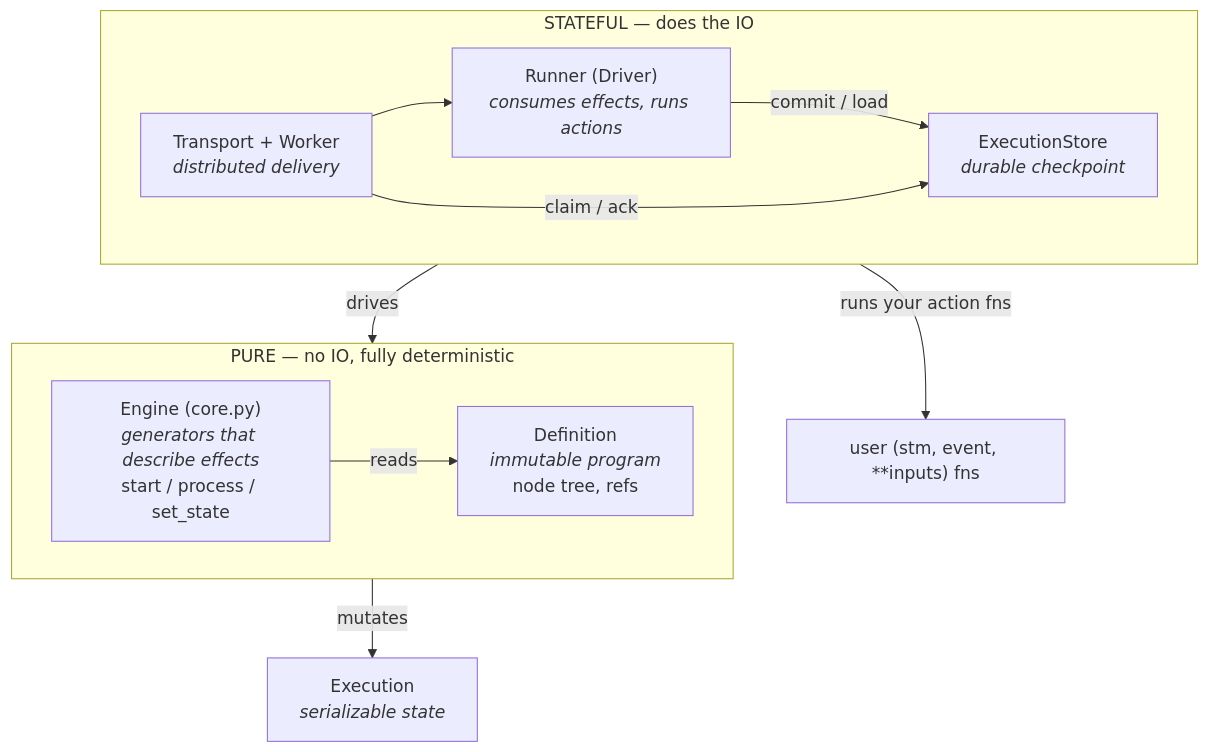
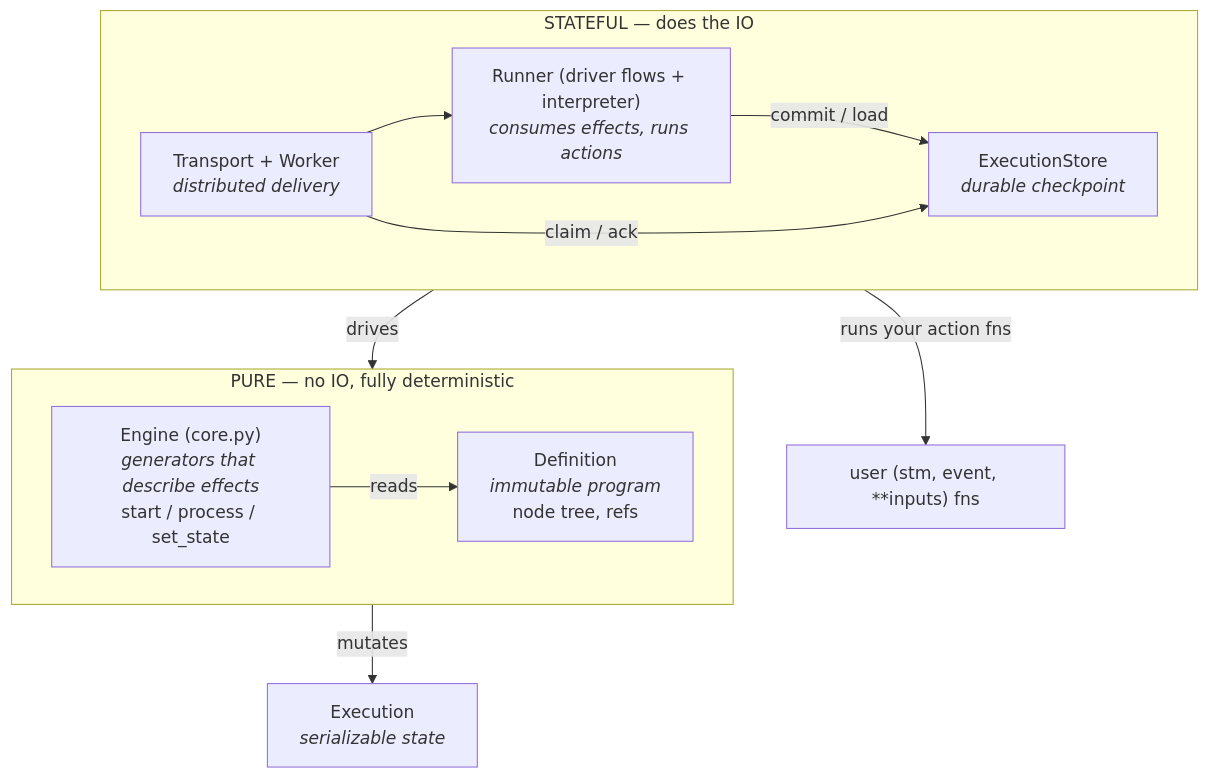
One commit to acasadom/harel changed the first of 6 diagrams in docs/guide/architecture.md. Above: the diagram before and after it, drawn with Mermaid. The commit also changed other lines of this file and 7 other files, not shown here.

First line of the commit message:
docs: the execution models with sequence diagrams; the guides describe the driver as flows

````diff
--- a/docs/guide/architecture.md
+++ b/docs/guide/architecture.md
@@ -26,23 +26,23 @@
 ```{mermaid}
 flowchart TB
   subgraph pure["PURE — no IO, fully deterministic"]
     direction LR
     Defn["Definition<br/><i>immutable program</i><br/>node tree, refs"]
     Engine["Engine (core.py)<br/><i>generators that describe effects</i><br/>start / process / set_state"]
   end
   subgraph stateful["STATEFUL — does the IO"]
     direction LR
-    Runner["Runner (Driver)<br/><i>consumes effects, runs actions</i>"]
+    Runner["Runner (driver flows + interpreter)<br/><i>consumes effects, runs actions</i>"]
     Store["ExecutionStore<br/><i>durable checkpoint</i>"]
     Transport["Transport + Worker<br/><i>distributed delivery</i>"]
   end
   Exe["Execution<br/><i>serializable state</i>"]
 
   Engine -- "reads" --> Defn
   Engine -- "mutates" --> Exe
   Runner -- "drives" --> Engine
   Runner -- "runs your action fns" --> User["user (stm, event, **inputs) fns"]
   Runner -- "commit / load" --> Store
   Transport -- "claim / ack" --> Store
   Transport --> Runner
 ```
````
